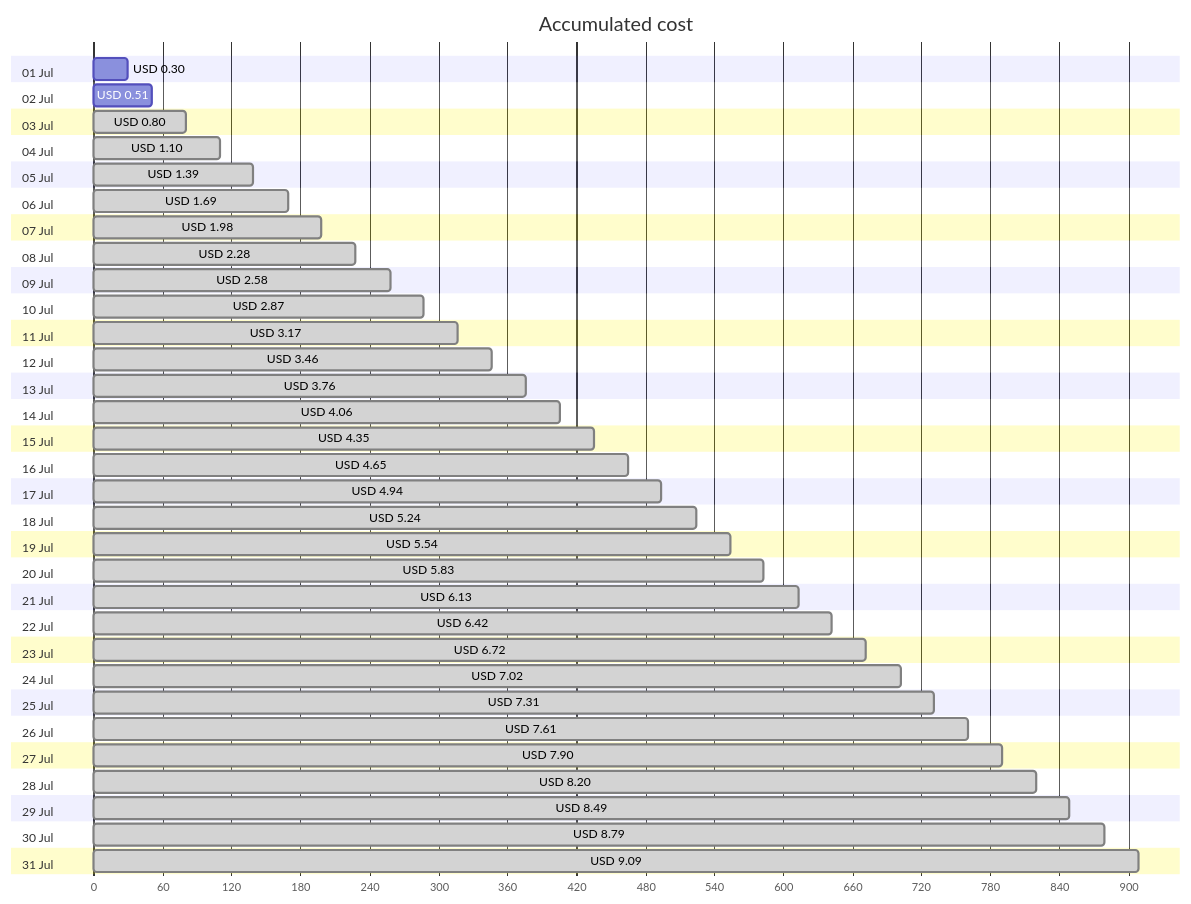
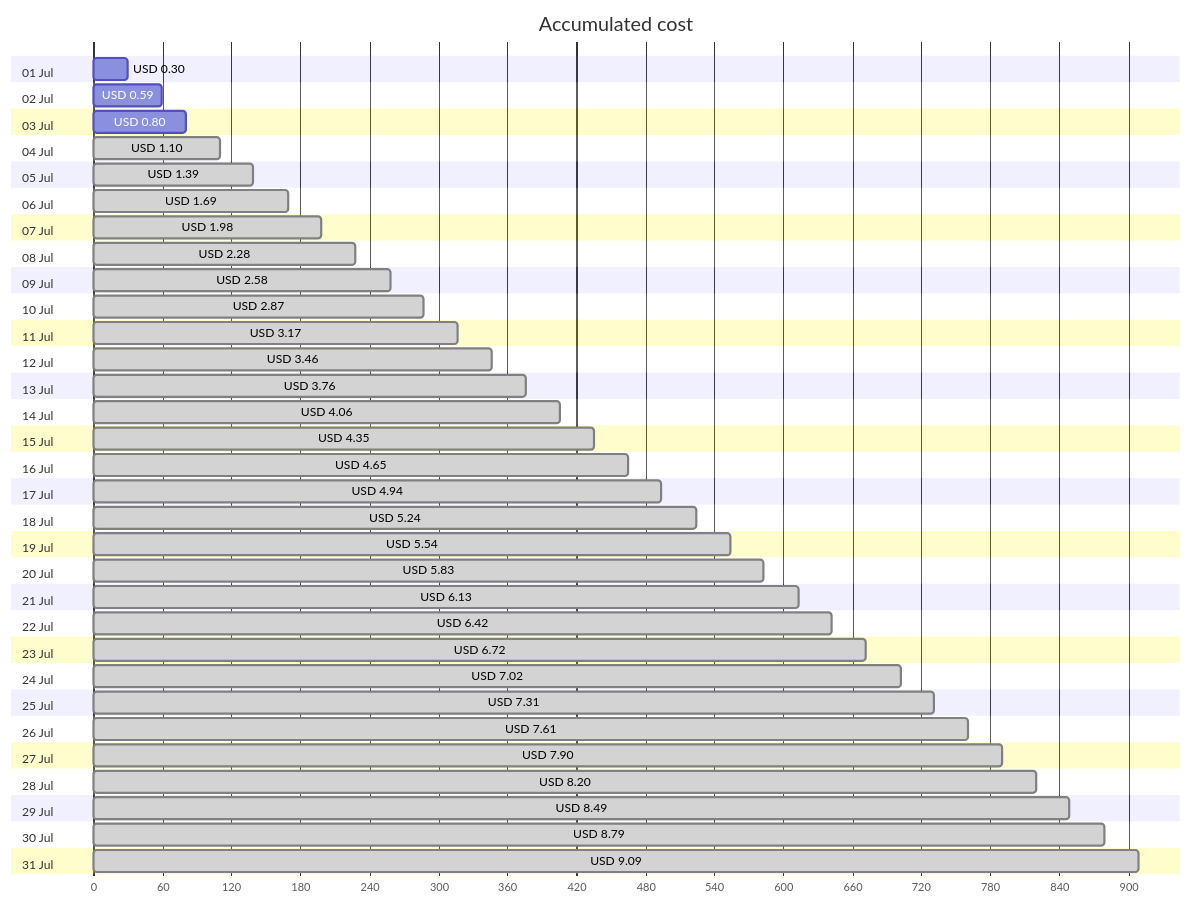
One commit to jpfulton/azure-personal-reports changed the first of 4 diagrams in cost-reports/personal-site/personal-site.md. Above: the diagram before and after it, drawn with Mermaid. The commit also changed other lines of this file and 6 other files, not shown here.

````diff
--- a/cost-reports/personal-site/personal-site.md
+++ b/cost-reports/personal-site/personal-site.md
@@ -20,68 +20,68 @@
 ```mermaid
 gantt
    title Accumulated cost
    dateFormat  X
    axisFormat %s
    section 01 Jul
    USD 0.30 :0, 30
    section 02 Jul
-   USD 0.51 :0, 51
+   USD 0.59 :0, 59
    section 03 Jul
-   USD 0.80 : done, 0, 80
+   USD 0.80 :0, 80
    section 04 Jul
    USD 1.10 : done, 0, 110
    section 05 Jul
    USD 1.39 : done, 0, 139
    section 06 Jul
    USD 1.69 : done, 0, 169
    section 07 Jul
    USD 1.98 : done, 0, 198
    section 08 Jul
    USD 2.28 : done, 0, 228
    section 09 Jul
    USD 2.58 : done, 0, 258
    section 10 Jul
    USD 2.87 : done, 0, 287
    section 11 Jul
    USD 3.17 : done, 0, 317
    section 12 Jul
    USD 3.46 : done, 0, 346
    section 13 Jul
    USD 3.76 : done, 0, 376
    section 14 Jul
    USD 4.06 : done, 0, 406
    section 15 Jul
    USD 4.35 : done, 0, 435
    section 16 Jul
    USD 4.65 : done, 0, 465
    section 17 Jul
    USD 4.94 : done, 0, 494
    section 18 Jul
    USD 5.24 : done, 0, 524
    section 19 Jul
    USD 5.54 : done, 0, 554
    section 20 Jul
    USD 5.83 : done, 0, 583
    section 21 Jul
    USD 6.13 : done, 0, 613
    section 22 Jul
    USD 6.42 : done, 0, 642
    section 23 Jul
    USD 6.72 : done, 0, 672
    section 24 Jul
    USD 7.02 : done, 0, 702
    section 25 Jul
    USD 7.31 : done, 0, 731
    section 26 Jul
    USD 7.61 : done, 0, 761
    section 27 Jul
    USD 7.90 : done, 0, 790
    section 28 Jul
    USD 8.20 : done, 0, 820
    section 29 Jul
    USD 8.49 : done, 0, 849
    section 30 Jul
    USD 8.79 : done, 0, 879
    section 31 Jul
    USD 9.09 : done, 0, 909
 ```
````
